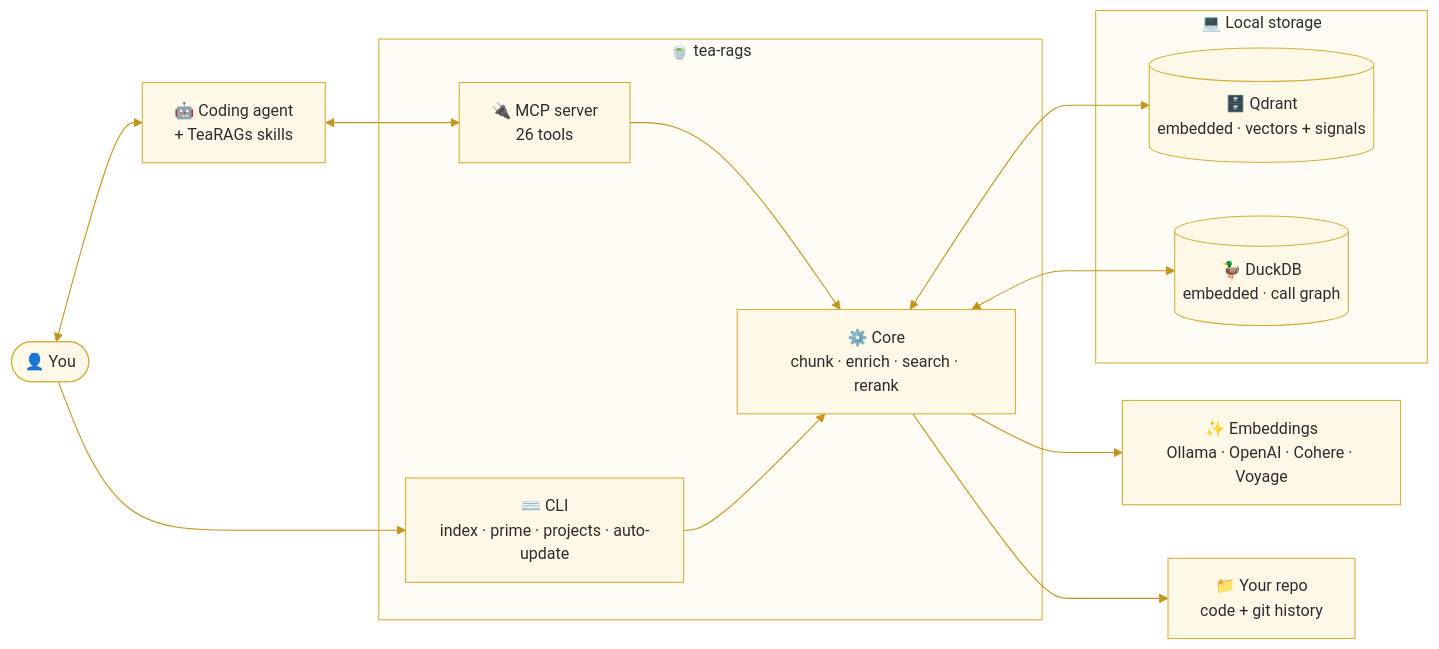
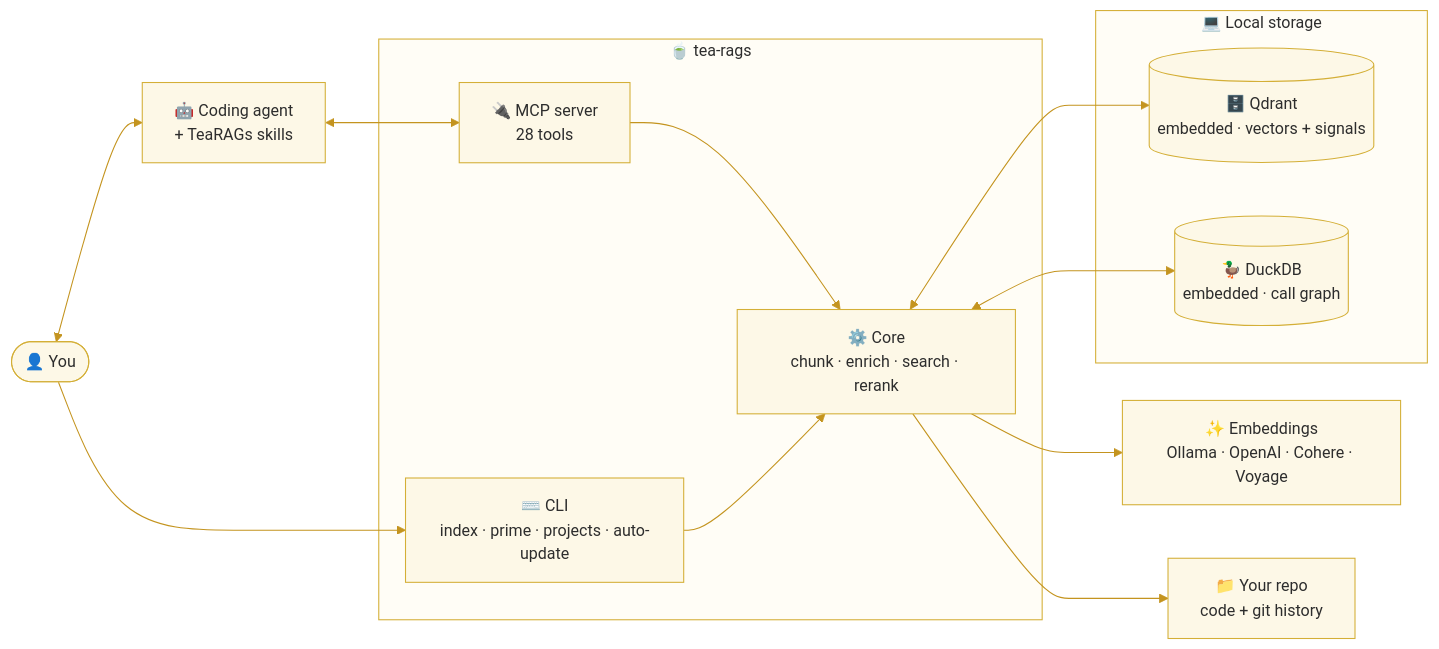
One commit to artk0de/TeaRAGs-MCP changed the diagram in README.md. Above: the diagram before and after it, drawn with Mermaid. The commit also changed other lines of this file and 19 other files, not shown here.

````diff
--- a/README.md
+++ b/README.md
@@ -438,30 +442,30 @@
 ```mermaid
 %%{init: {"theme": "base", "themeVariables": {"primaryColor": "#fdf8e7", "primaryTextColor": "#2d2d2d", "primaryBorderColor": "#d4af37", "lineColor": "#c4941f", "secondaryColor": "#f5f5dc", "tertiaryColor": "#fafafa", "mainBkg": "#fdf8e7", "secondBkg": "#f5f5dc", "nodeBorder": "#d4af37", "clusterBkg": "#fffdf6", "clusterBorder": "#d4af37", "titleColor": "#2d2d2d", "edgeLabelBackground": "#ffffff", "fontSize": "15px"}}}%%
 flowchart LR
     User([👤 You])
     Agent[🤖 Coding agent<br/>+ TeaRAGs skills]
 
     subgraph pkg["🍵 tea-rags"]
-        MCP[🔌 MCP server<br/>26 tools]
+        MCP[🔌 MCP server<br/>28 tools]
         CLI[⌨️ CLI<br/>index · prime · projects · auto-update]
         Core[⚙️ Core<br/>chunk · enrich · search · rerank]
         MCP --> Core
         CLI --> Core
     end
 
     subgraph storage["💻 Local storage"]
         Qdrant[(🗄️ Qdrant<br/>embedded · vectors + signals)]
         DuckDB[(🦆 DuckDB<br/>embedded · call graph)]
     end
 
     Embeddings[✨ Embeddings<br/>Ollama · OpenAI · Cohere · Voyage]
     Repo[📁 Your repo<br/>code + git history]
 
     User <--> Agent
     Agent <--> MCP
     User --> CLI
     Core <--> Qdrant
     Core <--> DuckDB
     Core --> Embeddings
     Core --> Repo
 ```
````
